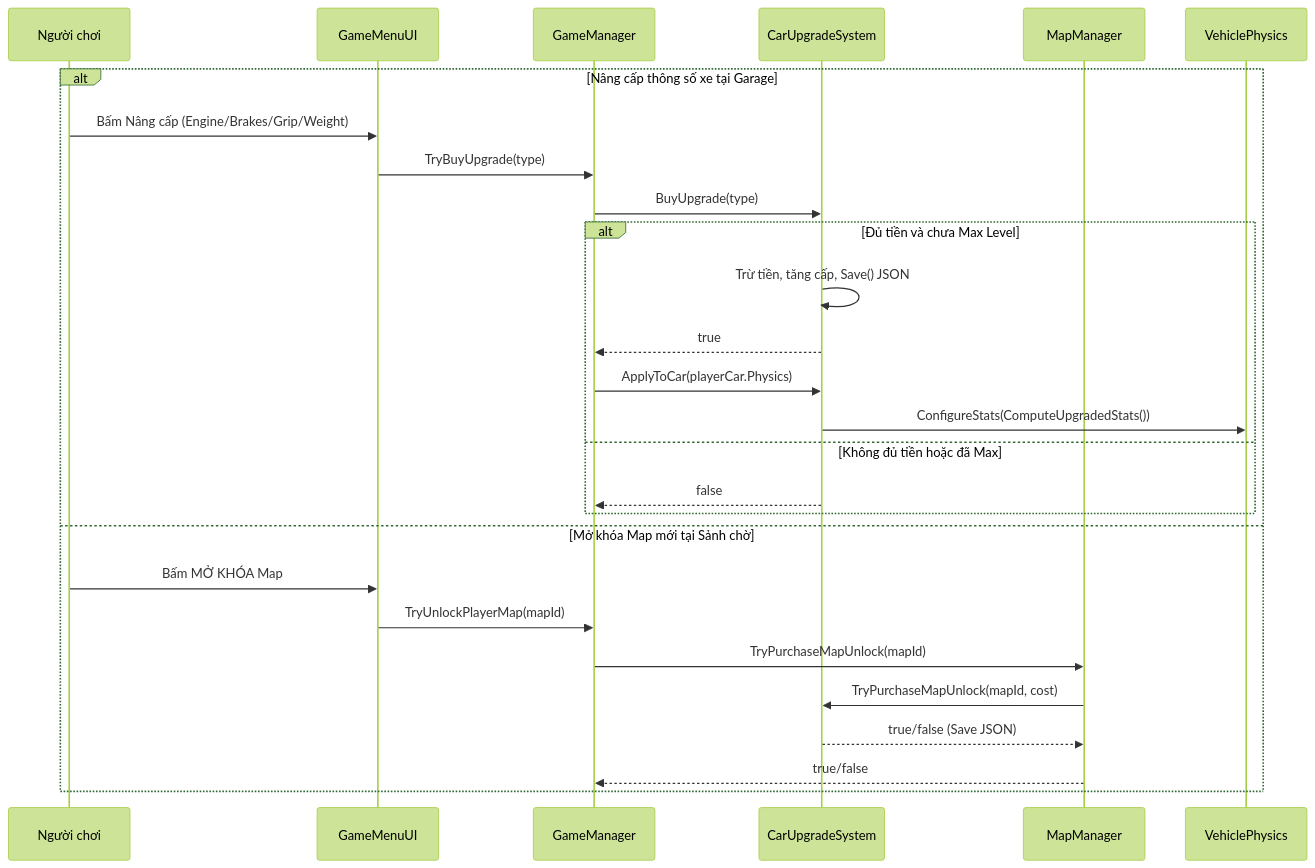
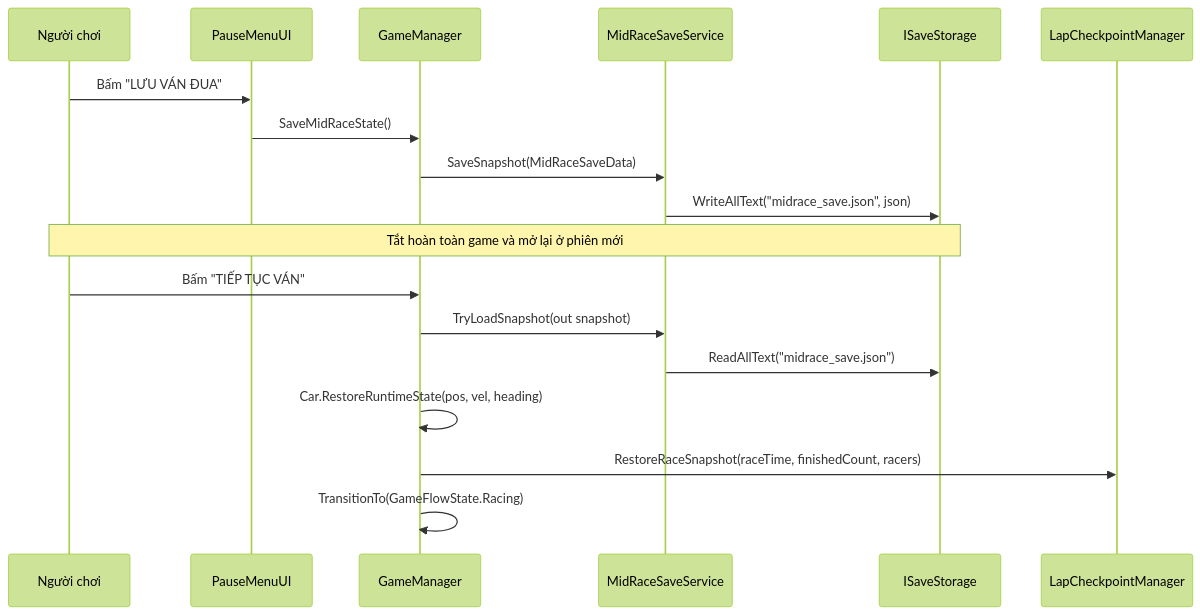
One commit to tuongduongd/racing_2d changed the fifth of 6 diagrams in Docs/BAO_CAO_KIEN_TRUC_OOP.md. Above: the diagram before and after it, drawn with Mermaid (forest theme). The commit also changed other lines of this file and 119 other files, not shown here.

Commit message:
feat(arch): extract pure C# core, add JSON data, mid-race save and synthwave BGM

````diff
--- a/Docs/BAO_CAO_KIEN_TRUC_OOP.md
+++ b/Docs/BAO_CAO_KIEN_TRUC_OOP.md
@@ -436,30 +514,21 @@
 ```mermaid
 sequenceDiagram
     participant Player as Người chơi
-    participant UI as GameMenuUI
+    participant Pause as PauseMenuUI
     participant GM as GameManager
-    participant Upg as CarUpgradeSystem
-    participant Map as MapManager
-    participant Phys as VehiclePhysics
+    participant Mid as MidRaceSaveService
+    participant Store as ISaveStorage
+    participant Lap as LapCheckpointManager
 
-    alt Nâng cấp thông số xe tại Garage
-        Player->>UI: Bấm Nâng cấp (Engine/Brakes/Grip/Weight)
-        UI->>GM: TryBuyUpgrade(type)
-        GM->>Upg: BuyUpgrade(type)
-        alt Đủ tiền và chưa Max Level
-            Upg->>Upg: Trừ tiền, tăng cấp, Save() JSON
-            Upg-->>GM: true
-            GM->>Upg: ApplyToCar(playerCar.Physics)
-            Upg->>Phys: ConfigureStats(ComputeUpgradedStats())
-        else Không đủ tiền hoặc đã Max
-            Upg-->>GM: false
-        end
-    else Mở khóa Map mới tại Sảnh chờ
-        Player->>UI: Bấm MỞ KHÓA Map
-        UI->>GM: TryUnlockPlayerMap(mapId)
-        GM->>Map: TryPurchaseMapUnlock(mapId)
-        Map->>Upg: TryPurchaseMapUnlock(mapId, cost)
-        Upg-->>Map: true/false (Save JSON)
-        Map-->>GM: true/false
-    end
+    Player->>Pause: Bấm "LƯU VÁN ĐUA"
+    Pause->>GM: SaveMidRaceState()
+    GM->>Mid: SaveSnapshot(MidRaceSaveData)
+    Mid->>Store: WriteAllText("midrace_save.json", json)
+    Note over Player,Store: Tắt hoàn toàn game và mở lại ở phiên mới
+    Player->>GM: Bấm "TIẾP TỤC VÁN"
+    GM->>Mid: TryLoadSnapshot(out snapshot)
+    Mid->>Store: ReadAllText("midrace_save.json")
+    GM->>GM: Car.RestoreRuntimeState(pos, vel, heading)
+    GM->>Lap: RestoreRaceSnapshot(raceTime, finishedCount, racers)
+    GM->>GM: TransitionTo(GameFlowState.Racing)
 ```
````
